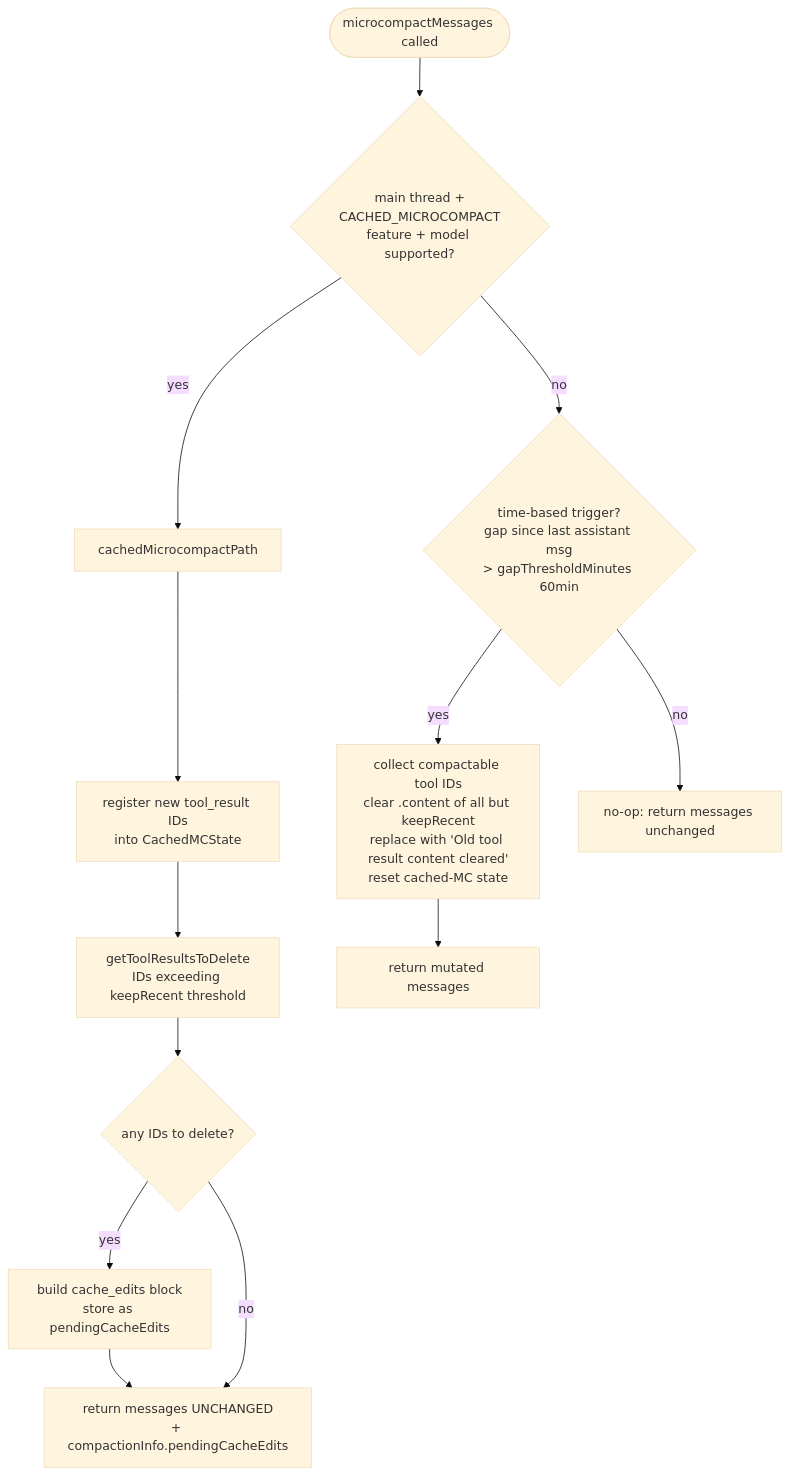
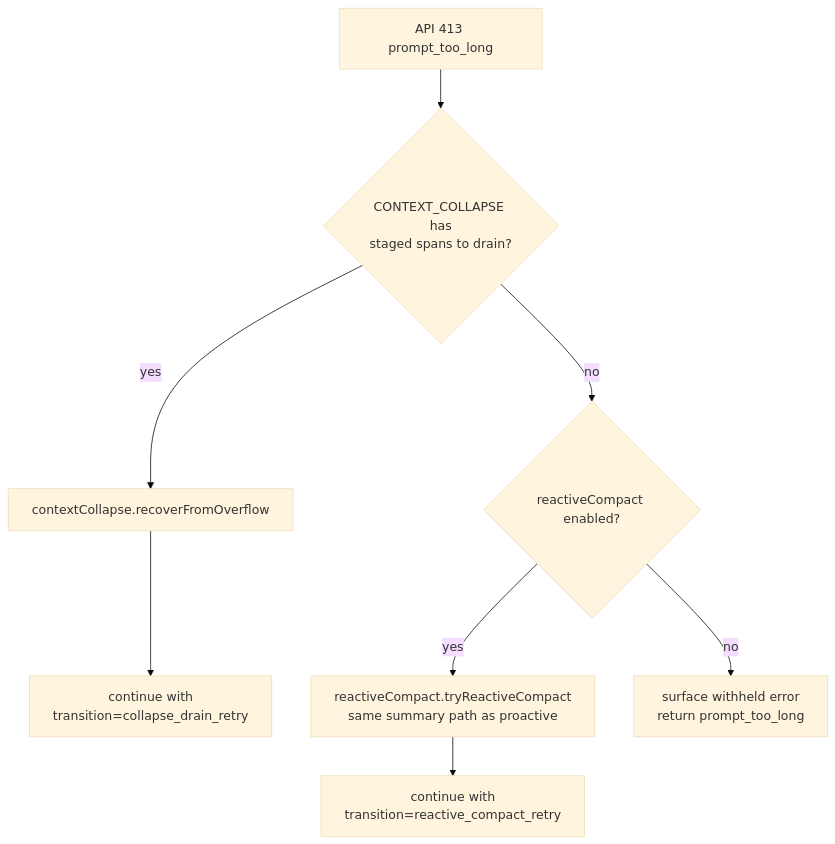
The third of 4 diagrams in docs/design/query-loop.md (GabrielWithTina/claude-code), drawn with Mermaid (base theme) before and after one commit. The commit also changed other lines of this file and 2 other files, not shown here.

Commit message:
add compaction design

````diff
--- a/docs/design/query-loop.md
+++ b/docs/design/query-loop.md
@@ -207,15 +153,10 @@
 ```mermaid
 flowchart TD
-    A([microcompactMessages called]) --> B{main thread +\nCACHED_MICROCOMPACT\nfeature + model supported?}
-    B -- yes --> C[cachedMicrocompactPath]
-    C --> C1[register new tool_result IDs\ninto CachedMCState]
-    C1 --> C2[getToolResultsToDelete\nIDs exceeding keepRecent threshold]
-    C2 --> C3{any IDs to delete?}
-    C3 -- yes --> C4[build cache_edits block\nstore as pendingCacheEdits]
-    C4 --> C5[return messages UNCHANGED\n+ compactionInfo.pendingCacheEdits]
-    C3 -- no --> C5
-    B -- no --> D{time-based trigger?\ngap since last assistant msg\n> gapThresholdMinutes 60min}
-    D -- yes --> E[collect compactable tool IDs\nclear .content of all but keepRecent\nreplace with 'Old tool result content cleared'\nreset cached-MC state]
-    E --> F[return mutated messages]
-    D -- no --> G[no-op: return messages unchanged]
+    A[API 413 prompt_too_long] --> B{CONTEXT_COLLAPSE has\nstaged spans to drain?}
+    B -- yes --> C[contextCollapse.recoverFromOverflow]
+    C --> D[continue with\ntransition=collapse_drain_retry]
+    B -- no --> E{reactiveCompact enabled?}
+    E -- yes --> F[reactiveCompact.tryReactiveCompact\nsame summary path as proactive]
+    F --> G[continue with\ntransition=reactive_compact_retry]
+    E -- no --> H[surface withheld error\nreturn prompt_too_long]
 ```
````
